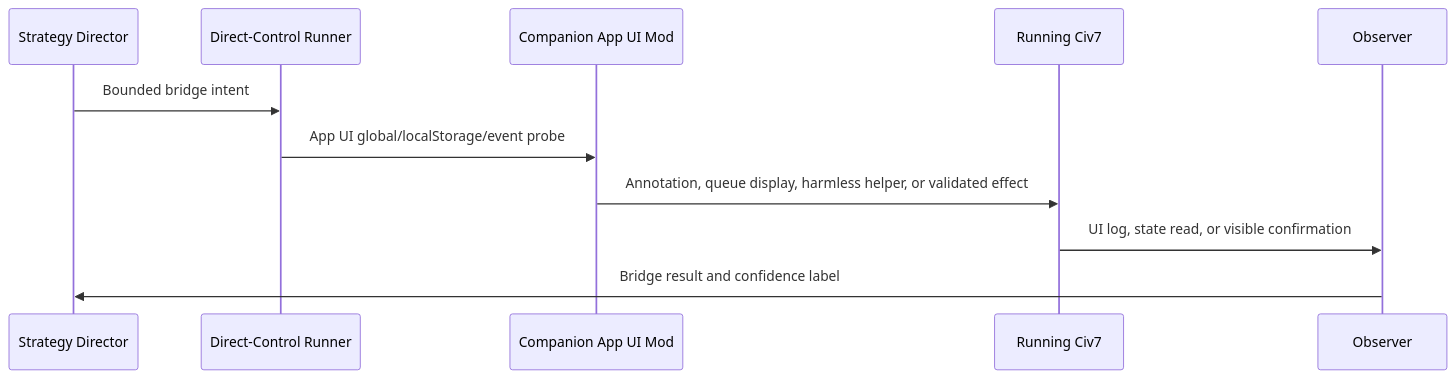
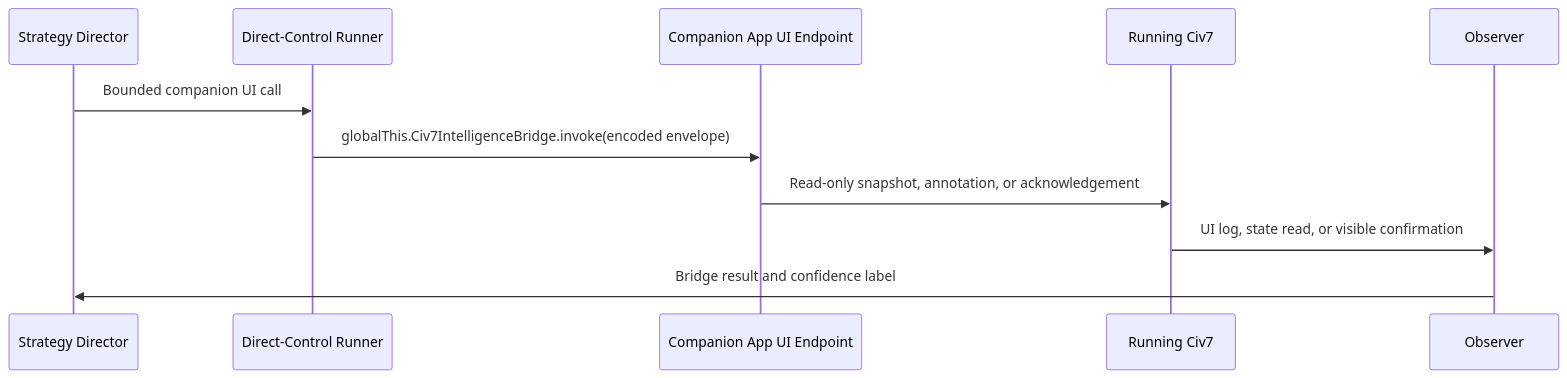
One commit to mateicanavra/civ7-modding-tools changed the fourth of 4 diagrams in docs/projects/civ7-intelligence-layer/SOLUTION-FRAME.md. Above: the diagram before and after it, drawn with Mermaid. The commit also changed other lines of this file and 19 other files, not shown here.

First line of the commit message:
docs(civ7): repair intelligence actuation frame

````diff
--- a/docs/projects/civ7-intelligence-layer/SOLUTION-FRAME.md
+++ b/docs/projects/civ7-intelligence-layer/SOLUTION-FRAME.md
@@ -352,14 +410,14 @@
 ```mermaid
 sequenceDiagram
   participant D as Strategy Director
   participant T as Direct-Control Runner
-  participant B as Companion App UI Mod
+  participant B as Companion App UI Endpoint
   participant G as Running Civ7
   participant O as Observer
 
-  D->>T: Bounded bridge intent
-  T->>B: App UI global/localStorage/event probe
-  B->>G: Annotation, queue display, harmless helper, or validated effect
+  D->>T: Bounded companion UI call
+  T->>B: globalThis.Civ7IntelligenceBridge.invoke(encoded envelope)
+  B->>G: Read-only snapshot, annotation, or acknowledgement
   G->>O: UI log, state read, or visible confirmation
   O->>D: Bridge result and confidence label
 ```
````
